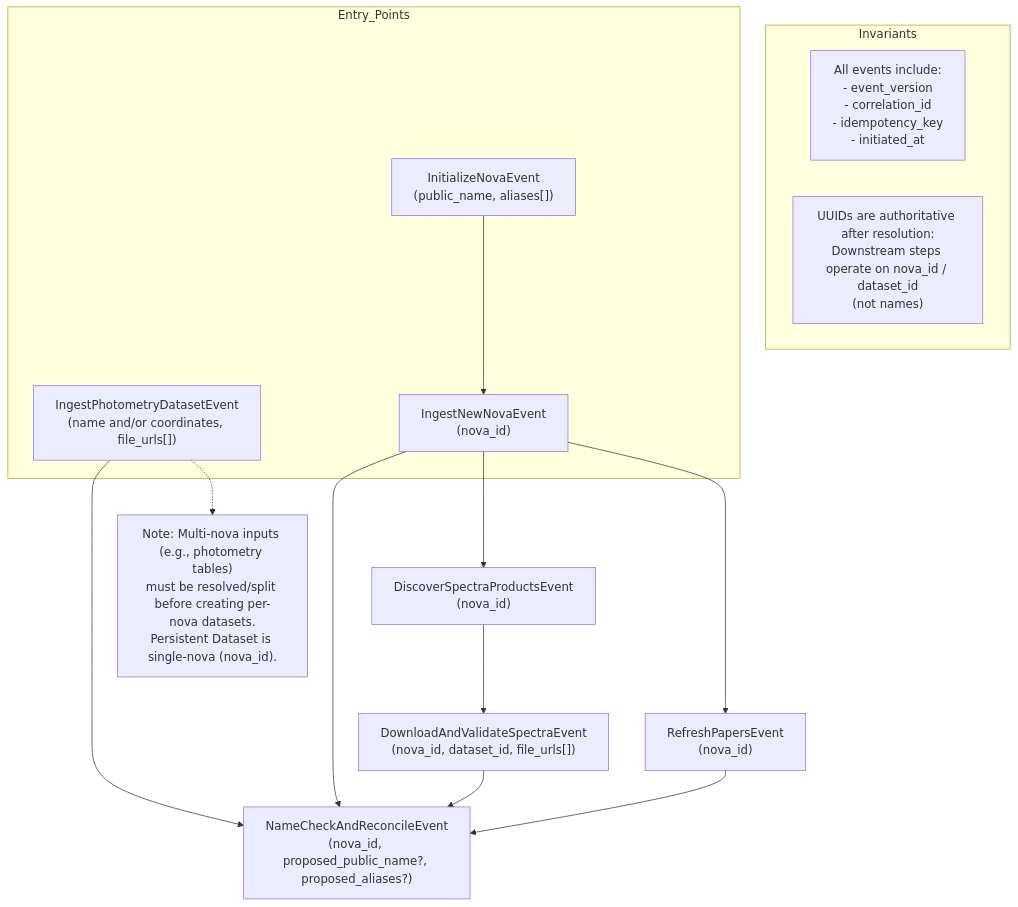
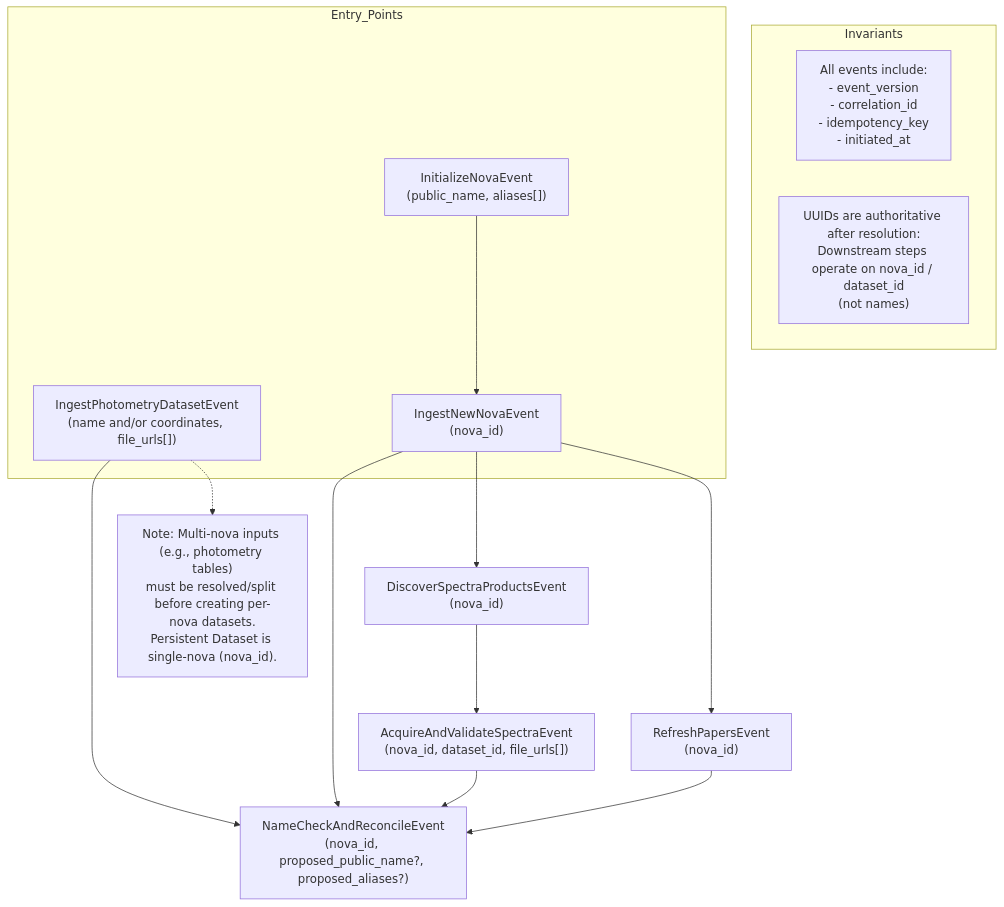
Before and after one commit to finzellt/aws_nova_cat: the diagram in docs/diagrams/events_mermaid_diag.md, drawn with Mermaid. The commit also changed 24 other files, not shown here.

````diff
--- a/docs/diagrams/events_mermaid_diag.md
+++ b/docs/diagrams/events_mermaid_diag.md
@@ -1,72 +1,72 @@
 ```mermaid
 flowchart TD
   %% -----------------------------
   %% Contract invariants
   %% -----------------------------
   subgraph Invariants
     I1["All events include:
 - event_version
 - correlation_id
 - idempotency_key
 - initiated_at"]
     I2["UUIDs are authoritative after resolution:
 Downstream steps operate on nova_id / dataset_id
 (not names)"]
   end
 
   %% -----------------------------
   %% Entry points
   %% -----------------------------
   subgraph Entry_Points
     EN1["InitializeNovaEvent
 (public_name, aliases[])"]
     EN2["IngestPhotometryDatasetEvent
 (name and/or coordinates, file_urls[])"]
     EN3["IngestNewNovaEvent
 (nova_id)"]
   end
 
   %% -----------------------------
   %% Resolution / governance
   %% -----------------------------
   NR["NameCheckAndReconcileEvent
 (nova_id, proposed_public_name?, proposed_aliases?)"]
 
   %% -----------------------------
   %% Spectra discovery pipeline
   %% -----------------------------
   DSP["DiscoverSpectraProductsEvent
 (nova_id)"]
-  DVS["DownloadAndValidateSpectraEvent
+  DVS["AcquireAndValidateSpectraEvent
 (nova_id, dataset_id, file_urls[])"]
 
   %% -----------------------------
   %% Papers pipeline
   %% -----------------------------
   RP["RefreshPapersEvent
 (nova_id)"]
 
   %% -----------------------------
   %% Main flows
   %% -----------------------------
   EN1 --> EN3
   EN3 --> NR
 
   EN3 --> DSP
   DSP --> DVS
   DVS --> NR
 
   EN3 --> RP
   RP --> NR
 
   EN2 --> NR
 
   %% -----------------------------
   %% Notes
   %% -----------------------------
   N1["Note: Multi-nova inputs (e.g., photometry tables)
 must be resolved/split before creating per-nova datasets.
 Persistent Dataset is single-nova (nova_id)."]
 
   EN2 -.-> N1
 ```
````
